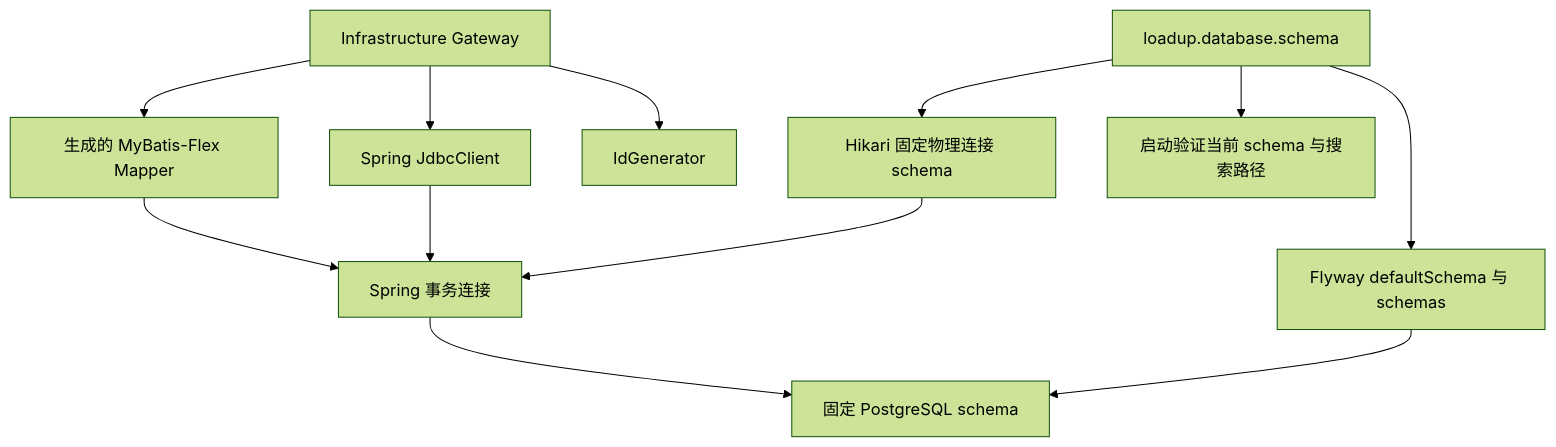
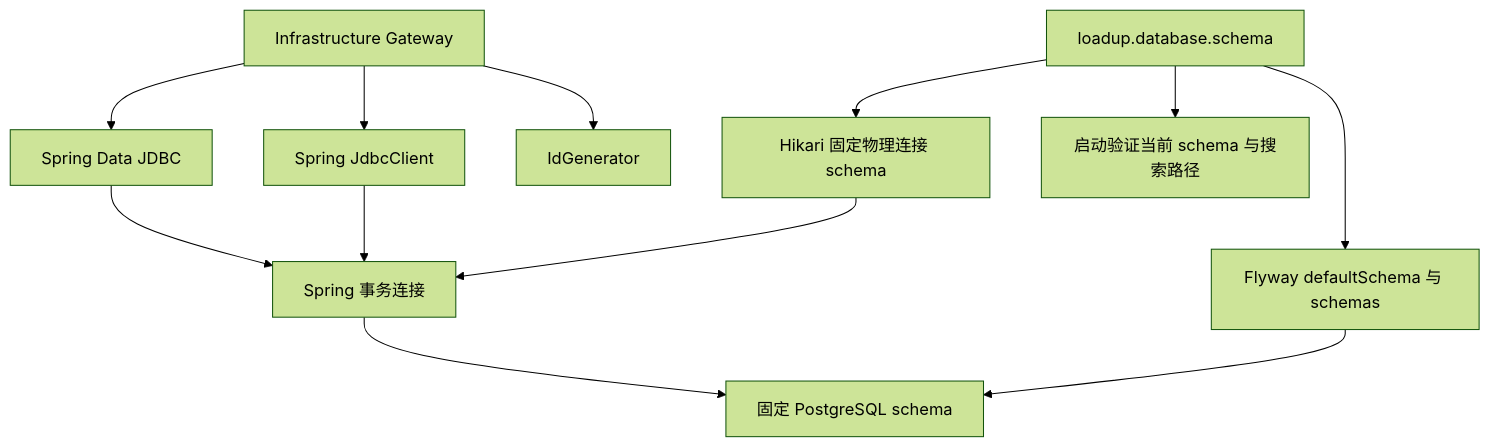
The diagram in loadup-components/data/loadup-components-database/ARCHITECTURE.md (loadup-cloud/loadup-framework), drawn with Mermaid (forest theme) before and after one commit. The commit also changed other lines of this file and 31 other files, not shown here.

First line of the commit message:
refactor(database)!: replace Flex with JDBC

````diff
--- a/loadup-components/data/loadup-components-database/ARCHITECTURE.md
+++ b/loadup-components/data/loadup-components-database/ARCHITECTURE.md
@@ -7,14 +7,14 @@
 ```mermaid
 flowchart TD
-    Gateway["Infrastructure Gateway"] --> Mapper["生成的 MyBatis-Flex Mapper"]
+    Gateway["Infrastructure Gateway"] --> Repository["Spring Data JDBC"]
     Gateway --> JDBC["Spring JdbcClient"]
     Gateway --> ID["IdGenerator"]
-    Mapper --> Tx["Spring 事务连接"]
+    Repository --> Tx["Spring 事务连接"]
     JDBC --> Tx
     Config["loadup.database.schema"] --> Pool["Hikari 固定物理连接 schema"]
     Config --> Flyway["Flyway defaultSchema 与 schemas"]
     Config --> Verifier["启动验证当前 schema 与搜索路径"]
     Pool --> Tx
     Tx --> Schema["固定 PostgreSQL schema"]
     Flyway --> Schema
 ```
````
